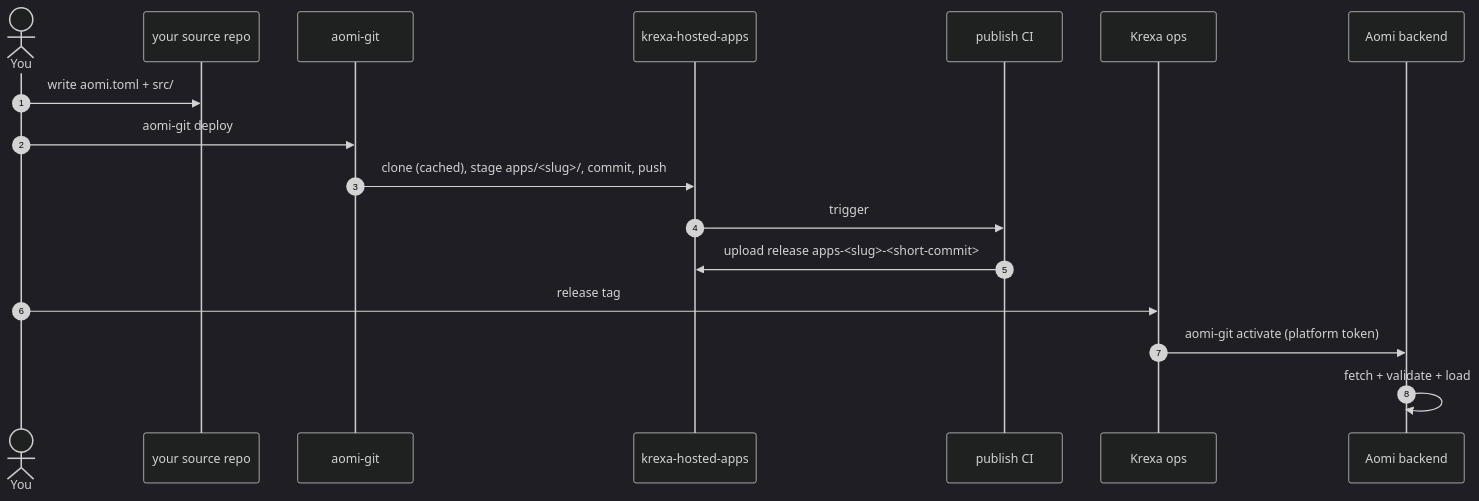
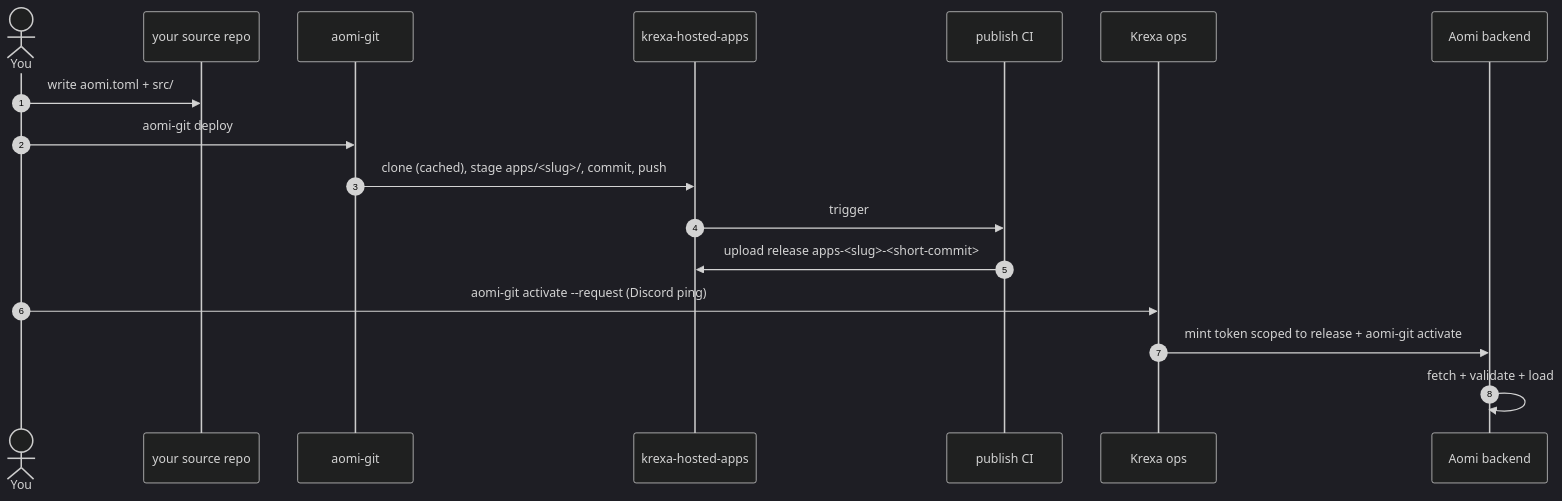
Before and after one commit to aomi-labs/krexa-hosted-apps: the diagram in CONTRIBUTING.md, drawn with Mermaid (dark theme). The commit also changed other lines of this file, not shown here.

First line of the commit message:
docs: activation-request flow + per-contributor tokens

````diff
--- a/CONTRIBUTING.md
+++ b/CONTRIBUTING.md
@@ -10,20 +10,20 @@
 ```mermaid
 sequenceDiagram
     autonumber
     actor You
     participant Src as your source repo
     participant CLI as aomi-git
     participant Repo as krexa-hosted-apps
     participant CI as publish CI
     participant Ops as Krexa ops
     participant BE as Aomi backend
 
     You->>Src: write aomi.toml + src/
     You->>CLI: aomi-git deploy
     CLI->>Repo: clone (cached), stage apps/<slug>/, commit, push
     Repo->>CI: trigger
     CI->>Repo: upload release apps-<slug>-<short-commit>
-    You->>Ops: release tag
-    Ops->>BE: aomi-git activate (platform token)
+    You->>Ops: aomi-git activate --request (Discord ping)
+    Ops->>BE: mint token scoped to release + aomi-git activate
     BE->>BE: fetch + validate + load
 ```
````
